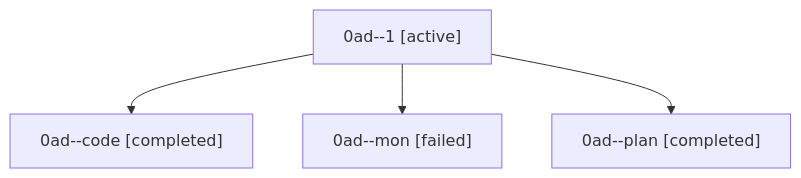
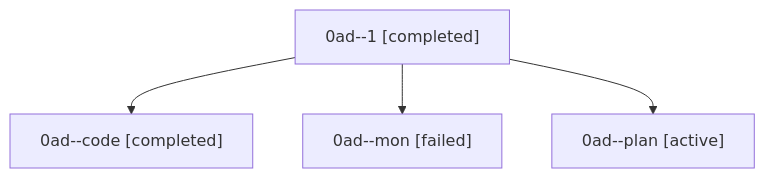
One commit to sase-org/sase--agents changed the diagram in families/bbugyi200.athena.0ad.md. Above: the diagram before and after it, drawn with Mermaid. The commit also changed other lines of this file and 35830 other files, not shown here.

````diff
--- a/families/bbugyi200.athena.0ad.md
+++ b/families/bbugyi200.athena.0ad.md
@@ -9,10 +9,10 @@
 ```mermaid
 flowchart TD
-  n0["0ad--1 [active]"]
+  n0["0ad--1 [completed]"]
   n1["0ad--code [completed]"]
   n0 --> n1
   n2["0ad--mon [failed]"]
   n0 --> n2
-  n3["0ad--plan [completed]"]
+  n3["0ad--plan [active]"]
   n0 --> n3
 ```
````
